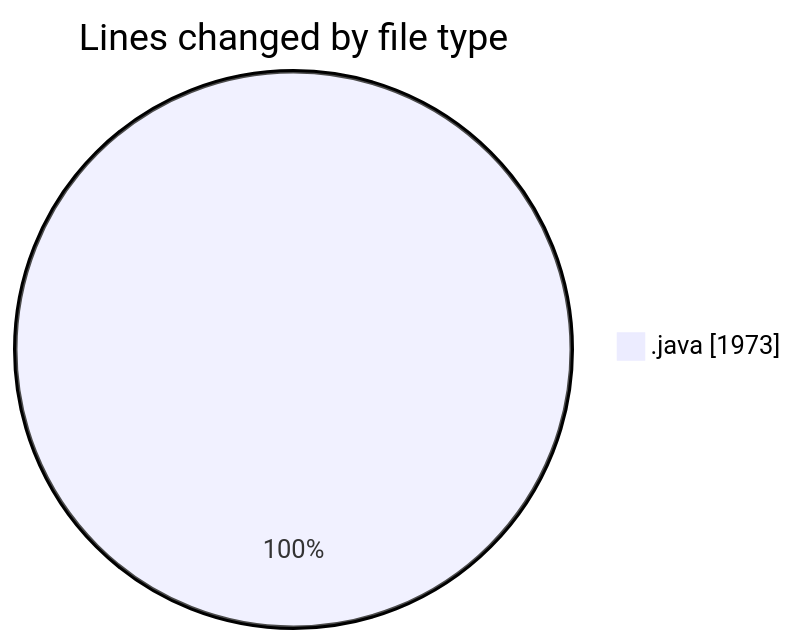
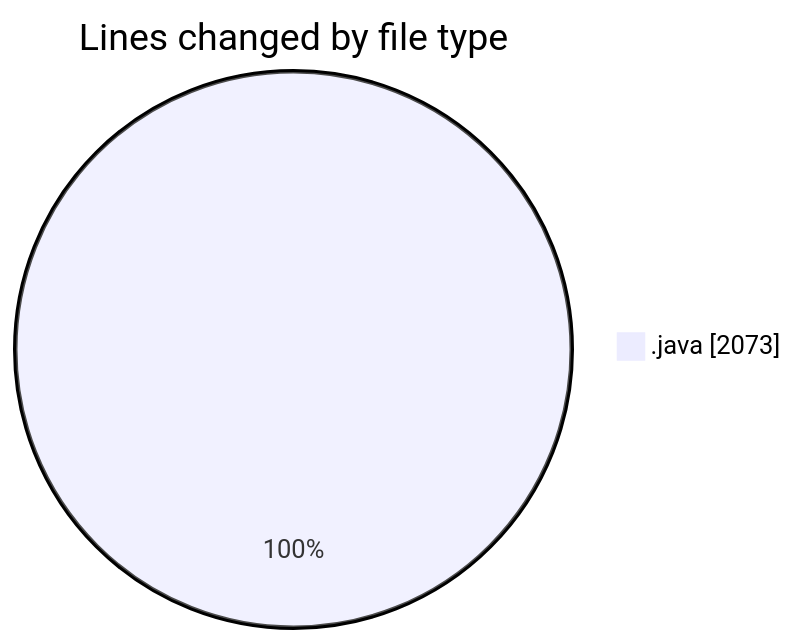
One commit to ricardozamudiocil/code-tracking changed the first of 2 diagrams in 2026-09-08/cilapp/README.md. Above: the diagram before and after it, drawn with Mermaid. The commit also changed other lines of this file and 1 other file, not shown here.

````diff
--- a/2026-09-08/cilapp/README.md
+++ b/2026-09-08/cilapp/README.md
@@ -22,5 +22,5 @@
 ```mermaid
 pie showData
 title Lines changed by file type
-".java" : 1973
+".java" : 2073
 ```
````
